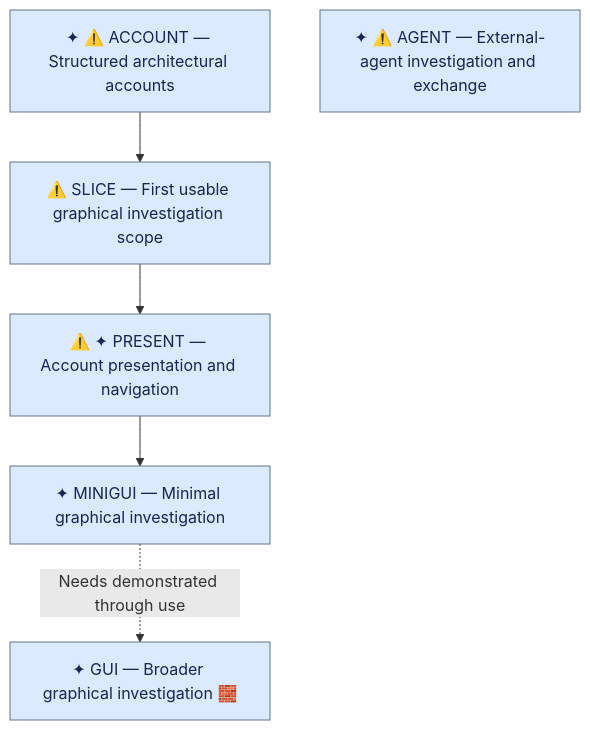
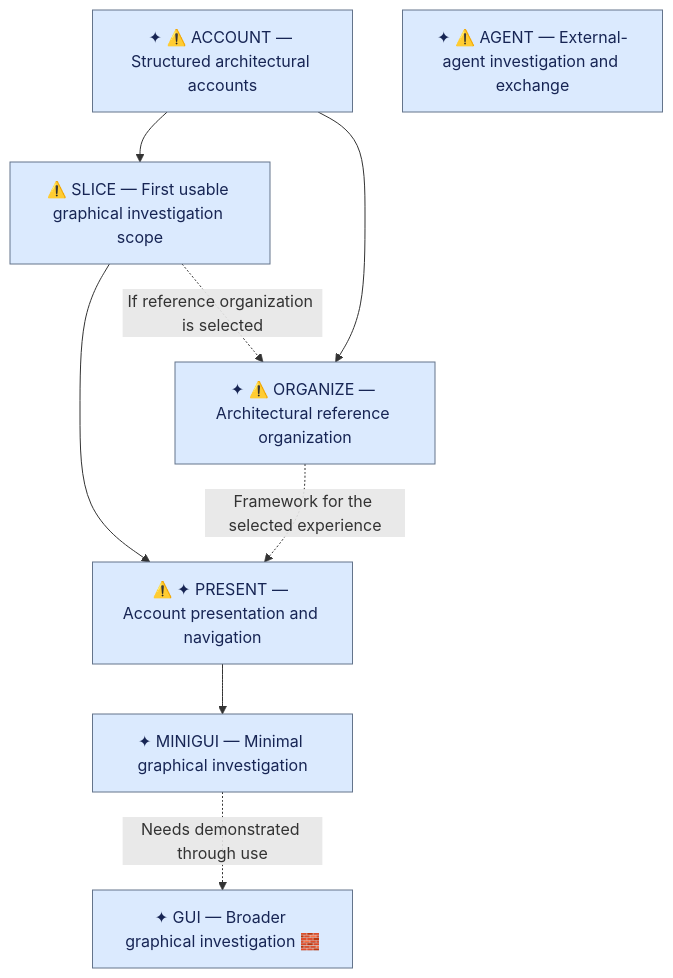
The diagram in steering/upcoming-work.md (ronen/postcode), drawn with Mermaid before and after one commit. The commit also changed other lines of this file and 5 other files, not shown here.

Commit message:
Capture architectural reference direction and organization work

````diff
--- a/steering/upcoming-work.md
+++ b/steering/upcoming-work.md
@@ -75,10 +75,13 @@
 ```mermaid
 flowchart TD
     ACCOUNT["✦ ⚠️ ACCOUNT — Structured architectural accounts"] --> SLICE["⚠️ SLICE — First usable graphical investigation scope"]
     SLICE --> PRESENT["⚠️ ✦ PRESENT — Account presentation and navigation"]
+    ACCOUNT --> ORGANIZE["✦ ⚠️ ORGANIZE — Architectural reference organization"]
+    SLICE -. If reference organization is selected .-> ORGANIZE
+    ORGANIZE -. Framework for the selected experience .-> PRESENT
     PRESENT --> MINIGUI["✦ MINIGUI — Minimal graphical investigation"]
     MINIGUI -. Needs demonstrated through use .-> GUI["✦ GUI — Broader graphical investigation 🧱"]
     AGENT["✦ ⚠️ AGENT — External-agent investigation and exchange"]
 
     classDef default fill:#dbeafe,stroke:#64748b,color:#172554
 ```
````
